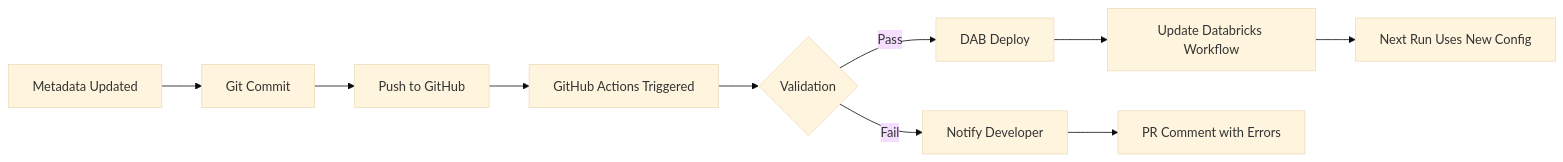
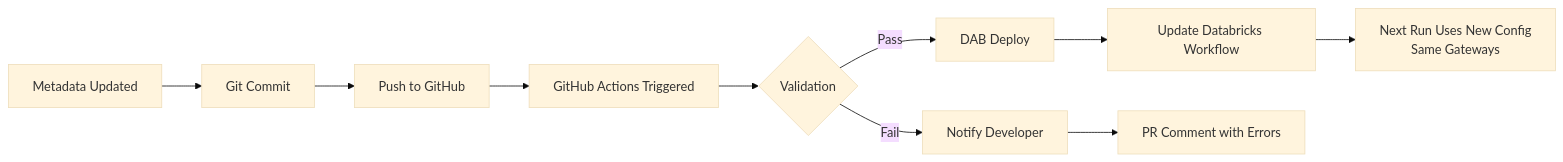
Before and after one commit to sharnavsengupta/lakeflow-connect-ingestion-poc: the second of 3 diagrams in docs/metadata-driven-architecture.md, drawn with Mermaid (base theme). The commit also changed other lines of this file, not shown here.

````diff
--- a/docs/metadata-driven-architecture.md
+++ b/docs/metadata-driven-architecture.md
@@ -692,12 +816,12 @@
 ```mermaid
 flowchart LR
     A[Metadata Updated] --> B[Git Commit]
     B --> C[Push to GitHub]
     C --> D[GitHub Actions Triggered]
     D --> E{Validation}
     E -->|Pass| F[DAB Deploy]
     E -->|Fail| G[Notify Developer]
     F --> H[Update Databricks Workflow]
-    H --> I[Next Run Uses New Config]
+    H --> I[Next Run Uses New Config<br/>Same Gateways]
     G --> J[PR Comment with Errors]
 ```
````
